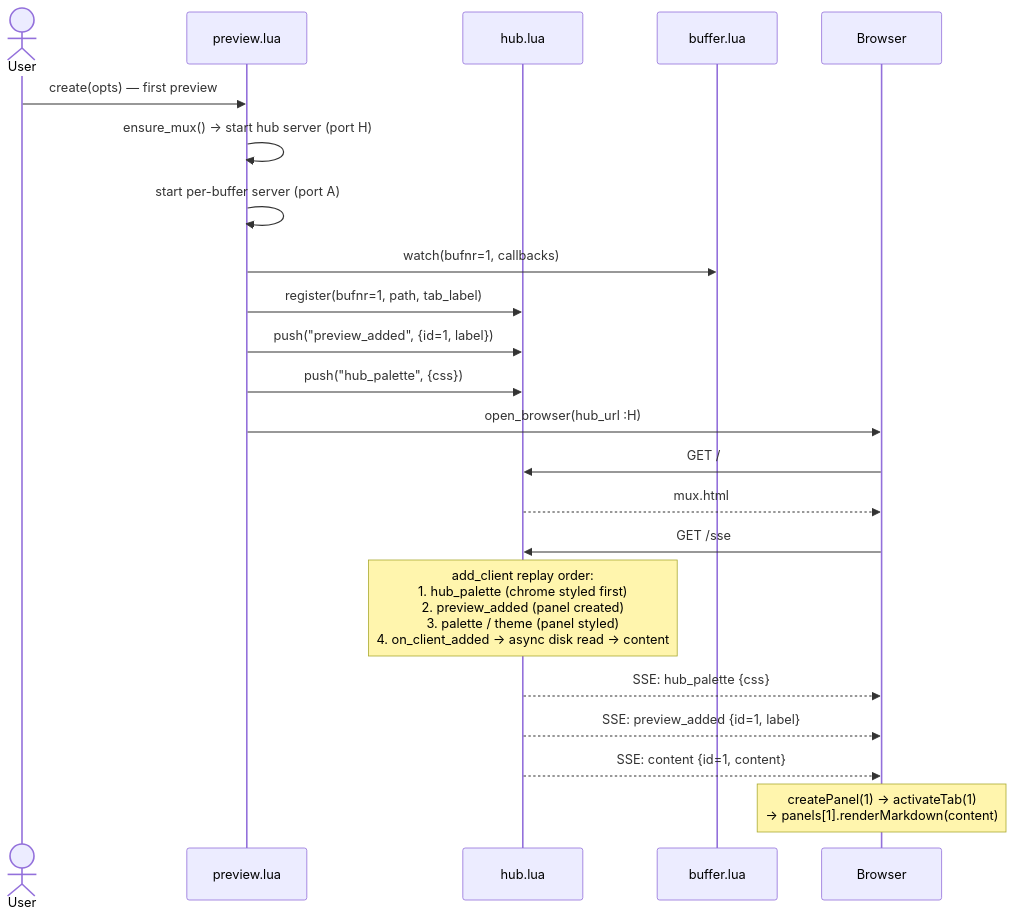
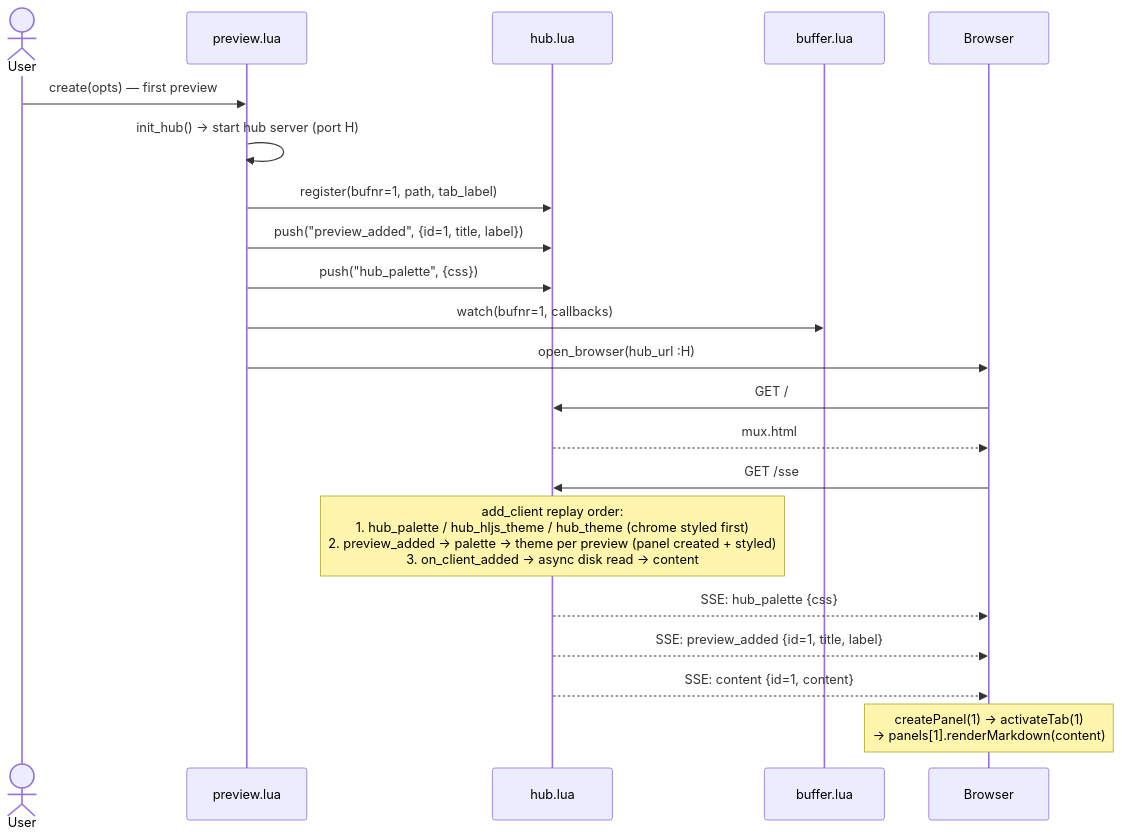
The seventh of 11 diagrams in docs/ARCHITECTURE.md (kcayme/md-view.nvim), drawn with Mermaid before and after one commit. The commit also changed other lines of this file, not shown here.

Commit message:
docs: updated data flow diagrams

````diff
--- a/docs/ARCHITECTURE.md
+++ b/docs/ARCHITECTURE.md
@@ -207,28 +215,27 @@
 ```mermaid
 sequenceDiagram
     actor User
     participant preview as preview.lua
     participant hub as hub.lua
     participant buffer as buffer.lua
     participant Browser
 
     User->>preview: create(opts) — first preview
-    preview->>preview: ensure_mux() → start hub server (port H)
-    preview->>preview: start per-buffer server (port A)
+    preview->>preview: init_hub() → start hub server (port H)
+    preview->>hub: register(bufnr=1, path, tab_label)
+    preview->>hub: push("preview_added", {id=1, title, label})
+    preview->>hub: push("hub_palette", {css})
     preview->>buffer: watch(bufnr=1, callbacks)
-    preview->>hub: register(bufnr=1, path, tab_label)
-    preview->>hub: push("preview_added", {id=1, label})
-    preview->>hub: push("hub_palette", {css})
     preview->>Browser: open_browser(hub_url :H)
 
     Browser->>hub: GET /
     hub-->>Browser: mux.html
 
     Browser->>hub: GET /sse
-    Note over hub: add_client replay order:<br/>1. hub_palette (chrome styled first)<br/>2. preview_added (panel created)<br/>3. palette / theme (panel styled)<br/>4. on_client_added → async disk read → content
+    Note over hub: add_client replay order:<br/>1. hub_palette / hub_hljs_theme / hub_theme (chrome styled first)<br/>2. preview_added → palette → theme per preview (panel created + styled)<br/>3. on_client_added → async disk read → content
     hub-->>Browser: SSE: hub_palette {css}
-    hub-->>Browser: SSE: preview_added {id=1, label}
+    hub-->>Browser: SSE: preview_added {id=1, title, label}
     hub-->>Browser: SSE: content {id=1, content}
 
     Note over Browser: createPanel(1) → activateTab(1)<br/>→ panels[1].renderMarkdown(content)
 ```
````
